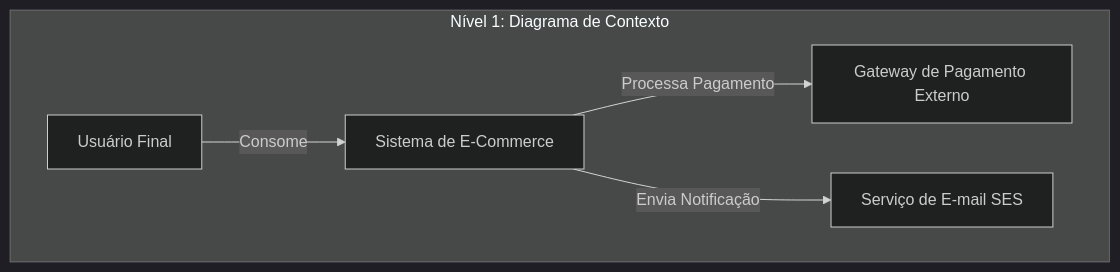
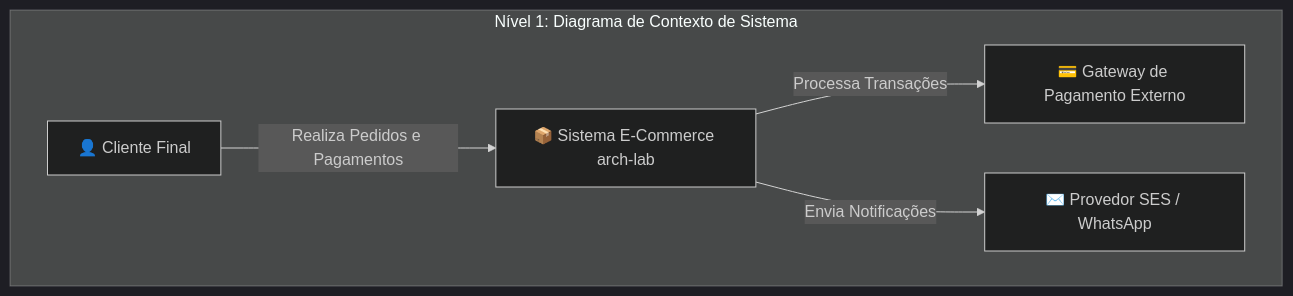
Before and after one commit to andermoreira/arch-lab: the first of 3 diagrams in docs/reference/00-architect-role-and-c4-model.md, drawn with Mermaid (dark theme). The commit also changed other lines of this file and 17 other files, not shown here.

````diff
--- a/docs/reference/00-architect-role-and-c4-model.md
+++ b/docs/reference/00-architect-role-and-c4-model.md
@@ -15,8 +16,8 @@
 ```mermaid
 graph TD
-    subgraph Level_1 [Nível 1: Diagrama de Contexto]
-        User[Usuário Final] -->|Consome| Sys[Sistema de E-Commerce]
-        Sys -->|Processa Pagamento| ExtPay[Gateway de Pagamento Externo]
-        Sys -->|Envia Notificação| ExtMail[Serviço de E-mail SES]
+    subgraph Level_1 [Nível 1: Diagrama de Contexto de Sistema]
+        User[👤 Cliente Final] -->|Realiza Pedidos e Pagamentos| Sys[📦 Sistema E-Commerce arch-lab]
+        Sys -->|Processa Transações| ExtPay[💳 Gateway de Pagamento Externo]
+        Sys -->|Envia Notificações| ExtMail[✉️ Provedor SES / WhatsApp]
     end
 ```
````
